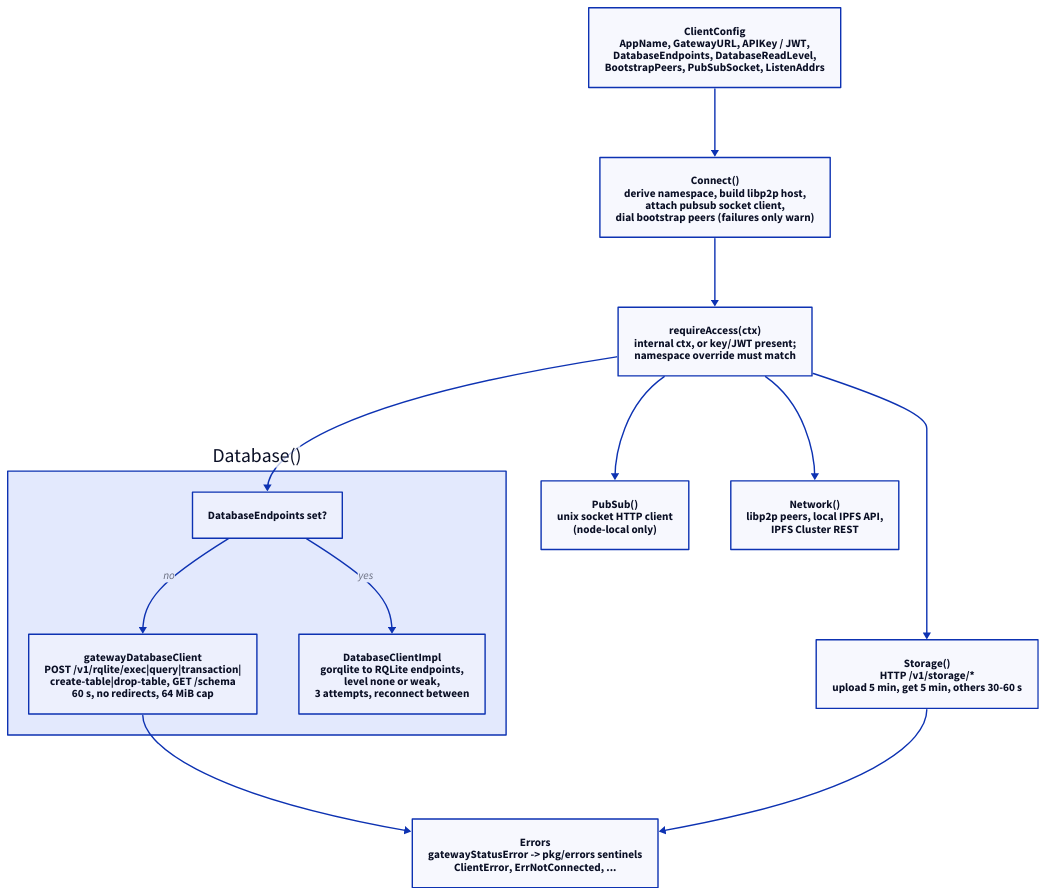
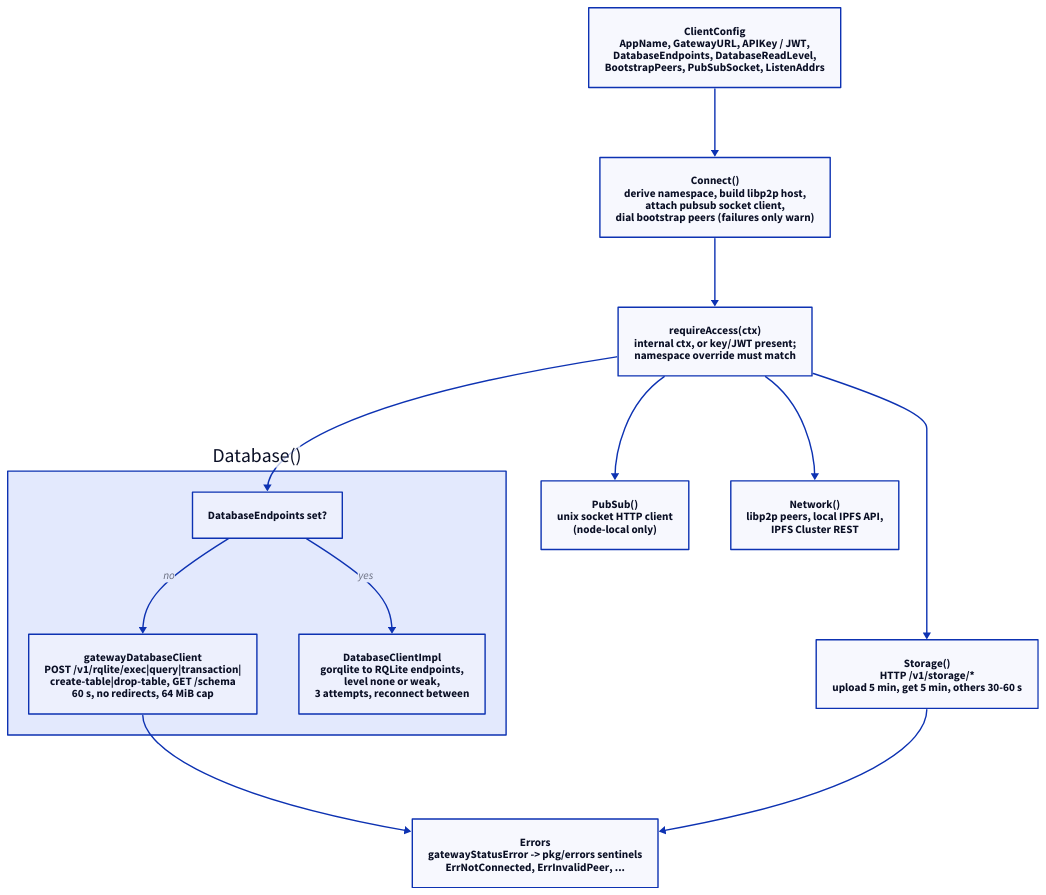
The diagram in docs/whitepaper/technical-reference/diagrams/ch36-go-client.d2 (DeBrosOfficial/network), drawn with D2 before and after one commit. The commit also changed 35 other files, not shown here.

```diff
--- a/docs/whitepaper/technical-reference/diagrams/ch36-go-client.d2
+++ b/docs/whitepaper/technical-reference/diagrams/ch36-go-client.d2
@@ -1,26 +1,26 @@
 direction: down
 
 cfg: "ClientConfig\nAppName, GatewayURL, APIKey / JWT,\nDatabaseEndpoints, DatabaseReadLevel,\nBootstrapPeers, PubSubSocket, ListenAddrs"
 connect: "Connect()\nderive namespace, build libp2p host,\nattach pubsub socket client,\ndial bootstrap peers (failures only warn)"
 access: "requireAccess(ctx)\ninternal ctx, or key/JWT present;\nnamespace override must match"
 
 db: "Database()" {
   choose: "DatabaseEndpoints set?"
   gw: "gatewayDatabaseClient\nPOST /v1/rqlite/exec|query|transaction|\ncreate-table|drop-table, GET /schema\n60 s, no redirects, 64 MiB cap"
   direct: "DatabaseClientImpl\ngorqlite to RQLite endpoints,\nlevel none or weak,\n3 attempts, reconnect between"
   choose -> gw: "no"
   choose -> direct: "yes"
 }
 st: "Storage()\nHTTP /v1/storage/*\nupload 5 min, get 5 min, others 30-60 s"
 ps: "PubSub()\nunix socket HTTP client\n(node-local only)"
 net: "Network()\nlibp2p peers, local IPFS API,\nIPFS Cluster REST"
-err: "Errors\ngatewayStatusError -> pkg/errors sentinels\nClientError, ErrNotConnected, ..."
+err: "Errors\ngatewayStatusError -> pkg/errors sentinels\nErrNotConnected, ErrInvalidPeer, ..."
 
 cfg -> connect
 connect -> access
 access -> db.choose
 access -> st
 access -> ps
 access -> net
 db.gw -> err
 st -> err
```
